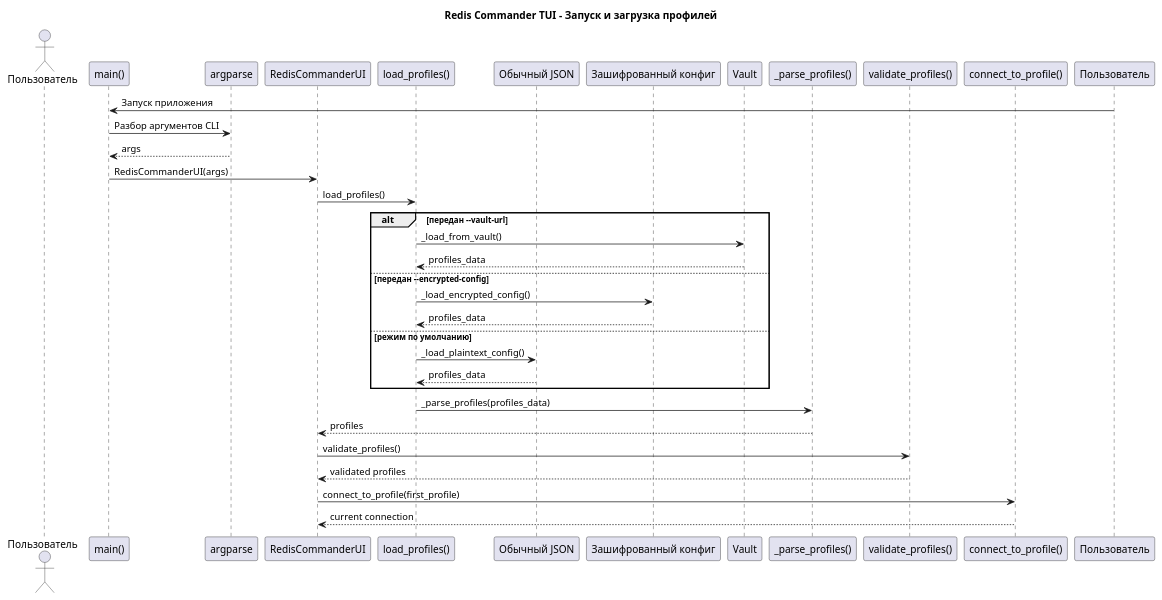
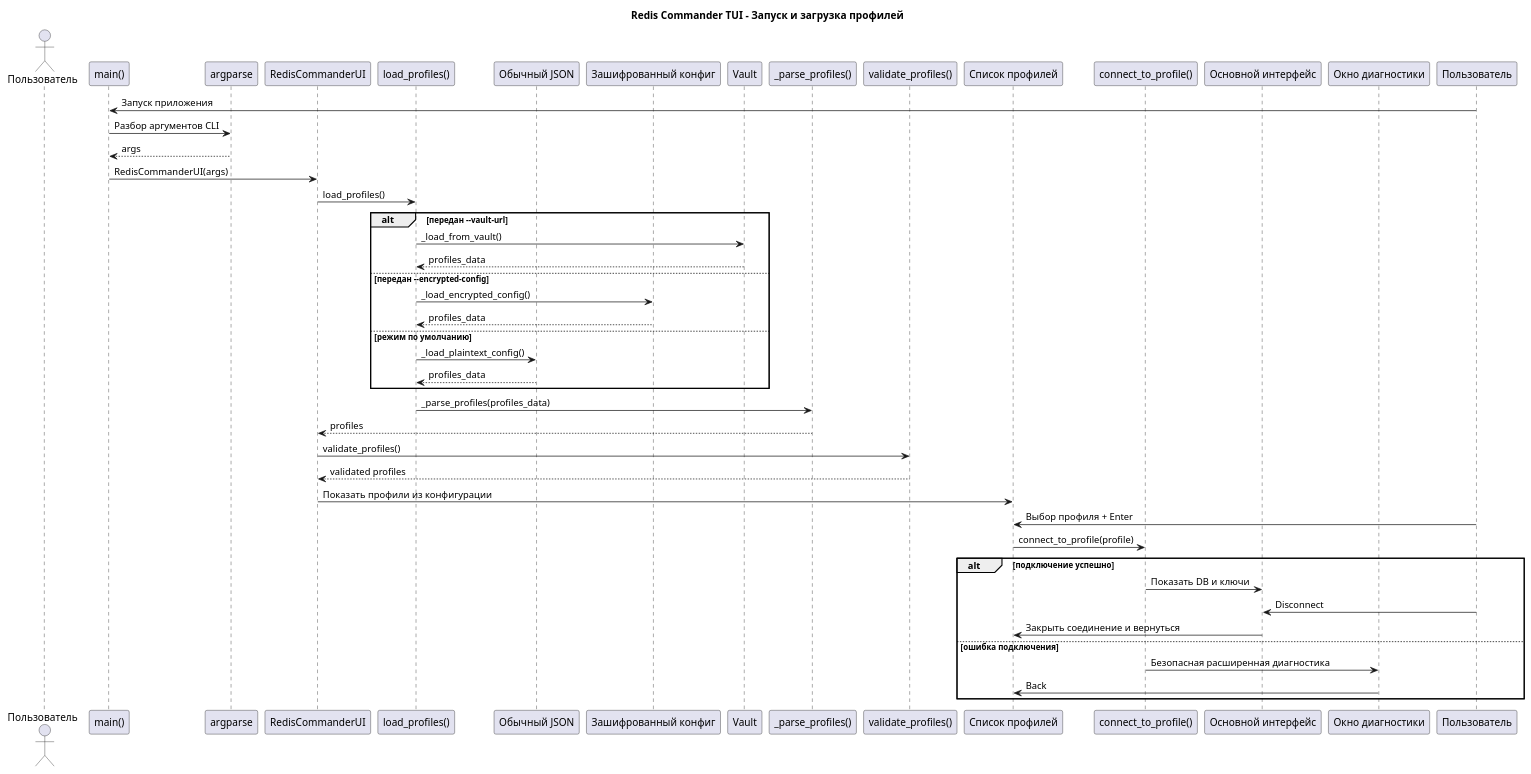
Before and after one commit to dtarasov7/redis-commander: the diagram in diagramms/startup-and-profile-loading-ru.puml, drawn with PlantUML. The commit also changed 33 other files, not shown here.

```diff
--- a/diagramms/startup-and-profile-loading-ru.puml
+++ b/diagramms/startup-and-profile-loading-ru.puml
@@ -1,40 +1,53 @@
 @startuml
 title Redis Commander TUI - Запуск и загрузка профилей
 
 actor User as "Пользователь"
 participant "main()" as Main
 participant "argparse" as Argparse
 participant "RedisCommanderUI" as UI
 participant "load_profiles()" as Loader
 participant "Обычный JSON" as Json
 participant "Зашифрованный конфиг" as Enc
 participant "Vault" as Vault
 participant "_parse_profiles()" as Parse
 participant "validate_profiles()" as Validate
+participant "Список профилей" as Selector
 participant "connect_to_profile()" as Connect
+participant "Основной интерфейс" as MainUI
+participant "Окно диагностики" as Diagnostics
 
 "Пользователь" -> Main: Запуск приложения
 Main -> Argparse: Разбор аргументов CLI
 Argparse --> Main: args
 Main -> UI: RedisCommanderUI(args)
 UI -> Loader: load_profiles()
 
 alt передан --vault-url
   Loader -> Vault: _load_from_vault()
   Vault --> Loader: profiles_data
 else передан --encrypted-config
   Loader -> Enc: _load_encrypted_config()
   Enc --> Loader: profiles_data
 else режим по умолчанию
   Loader -> Json: _load_plaintext_config()
   Json --> Loader: profiles_data
 end
 
 Loader -> Parse: _parse_profiles(profiles_data)
 Parse --> UI: profiles
 UI -> Validate: validate_profiles()
 Validate --> UI: validated profiles
-UI -> Connect: connect_to_profile(first_profile)
-Connect --> UI: current connection
+UI -> Selector: Показать профили из конфигурации
+"Пользователь" -> Selector: Выбор профиля + Enter
+Selector -> Connect: connect_to_profile(profile)
+
+alt подключение успешно
+  Connect -> MainUI: Показать DB и ключи
+  "Пользователь" -> MainUI: Disconnect
+  MainUI -> Selector: Закрыть соединение и вернуться
+else ошибка подключения
+  Connect -> Diagnostics: Безопасная расширенная диагностика
+  Diagnostics -> Selector: Back
+end
 
 @enduml
```
